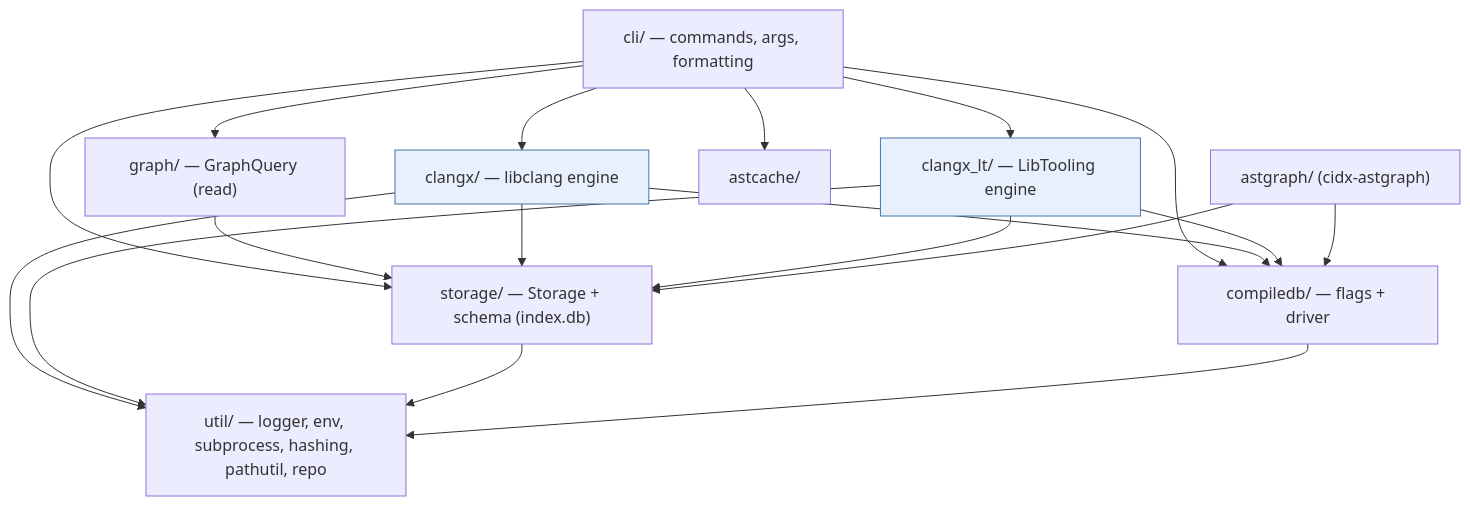
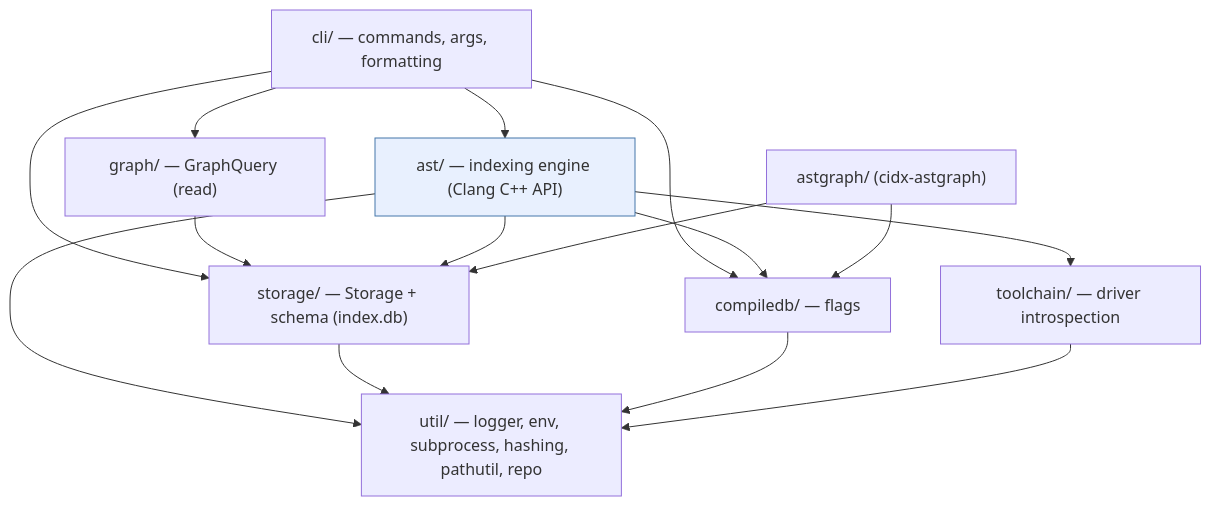
Before and after one commit to husams/cpp-indexer: the diagram in docs/overview.md, drawn with Mermaid. The commit also changed other lines of this file and 29 other files, not shown here.

````diff
--- a/docs/overview.md
+++ b/docs/overview.md
@@ -56,33 +53,29 @@
 ```mermaid
 flowchart TD
     CLI["cli/ — commands, args, formatting"]
     GRAPH["graph/ — GraphQuery (read)"]
-    CX["clangx/ — libclang engine"]
-    LT["clangx_lt/ — LibTooling engine"]
-    CDB["compiledb/ — flags + driver"]
-    AC["astcache/"]
+    AST["ast/ — indexing engine (Clang C++ API)"]
+    CDB["compiledb/ — flags"]
+    TC["toolchain/ — driver introspection"]
     AG["astgraph/ (cidx-astgraph)"]
     ST["storage/ — Storage + schema (index.db)"]
     UTIL["util/ — logger, env, subprocess, hashing, pathutil, repo"]
 
     CLI --> GRAPH
-    CLI --> CX
-    CLI --> LT
+    CLI --> AST
     CLI --> CDB
-    CLI --> AC
     CLI --> ST
     GRAPH --> ST
-    CX --> ST
-    LT --> ST
-    CX --> CDB
-    LT --> CDB
+    AST --> ST
+    AST --> CDB
+    AST --> TC
     AG --> ST
     AG --> CDB
-    CX --> UTIL
-    LT --> UTIL
+    AST --> UTIL
     ST --> UTIL
     CDB --> UTIL
+    TC --> UTIL
 
     classDef engine fill:#e8f0fe,stroke:#4477aa;
-    class CX,LT engine;
+    class AST engine;
 ```
````
